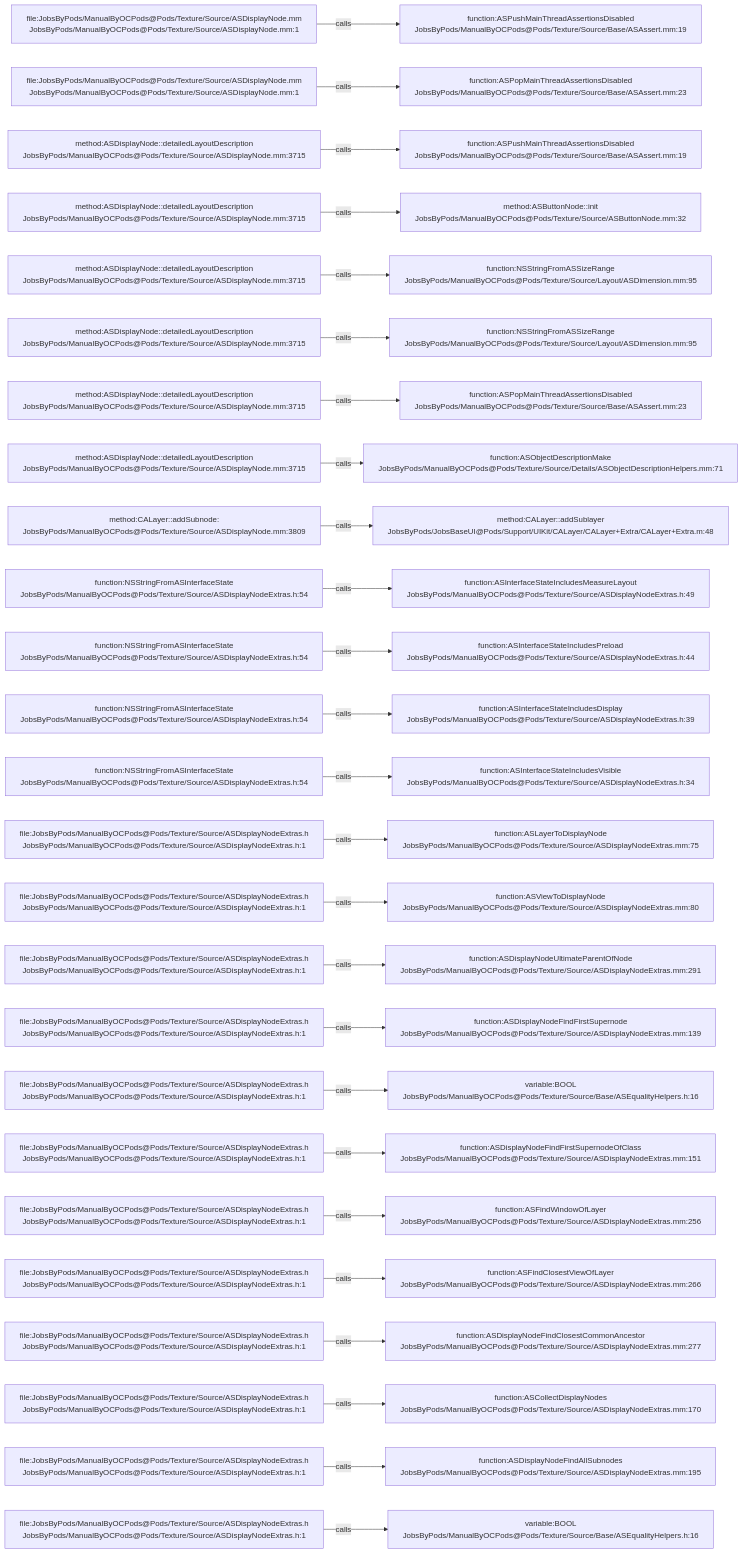
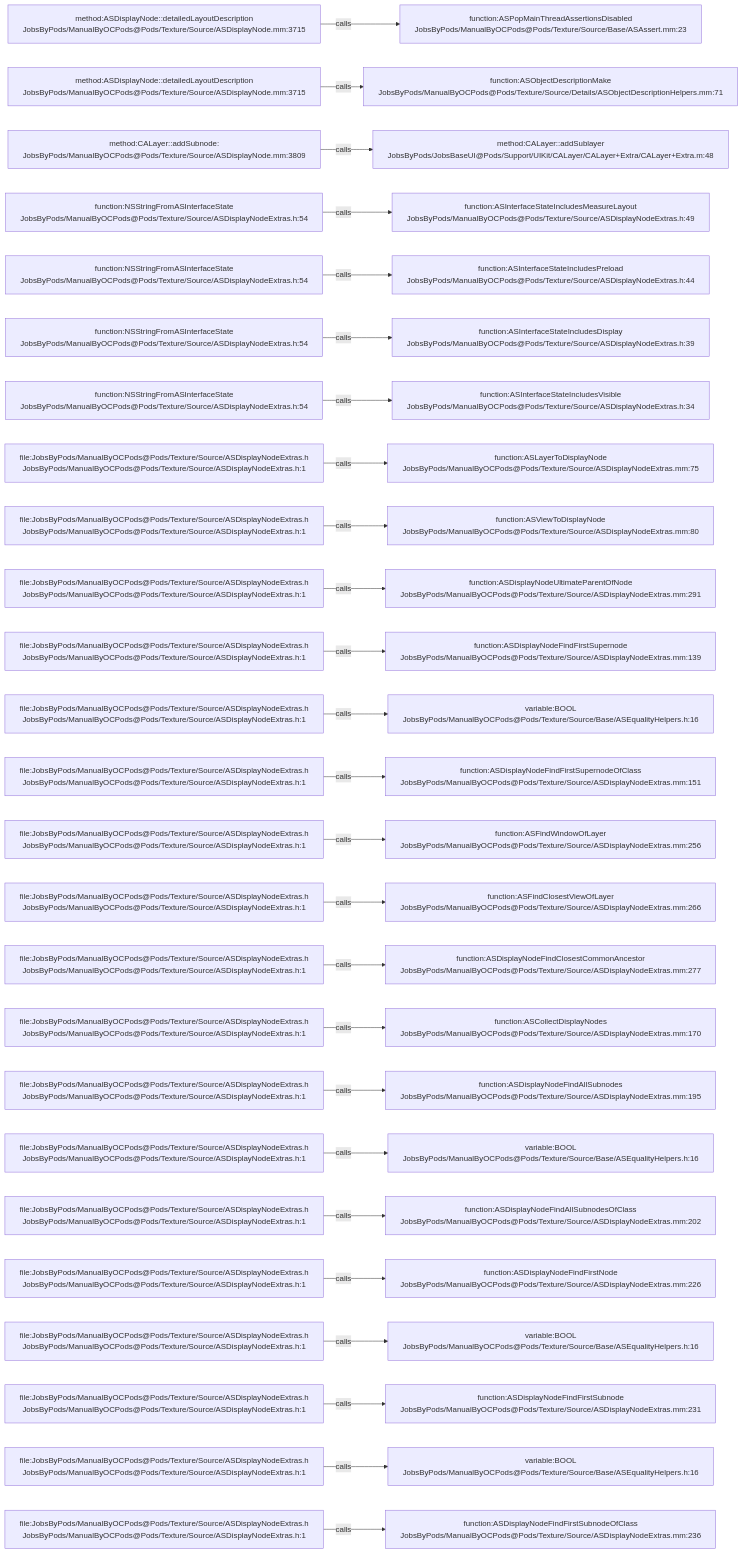
The diagram in .codegraph/codegraph.md/graphs/calls-097.md (JobsKits/JobsOCBaseConfigDemo), drawn with Mermaid before and after one commit. The commit also changed 666 other files, not shown here.

````diff
--- a/.codegraph/codegraph.md/graphs/calls-097.md
+++ b/.codegraph/codegraph.md/graphs/calls-097.md
@@ -13,78 +13,78 @@
 ```mermaid
 flowchart LR
-  S1["file:JobsByPods/ManualByOCPods@Pods/Texture/Source/ASDisplayNode.mm<br/>JobsByPods/ManualByOCPods@Pods/Texture/Source/ASDisplayNode.mm:1"]
-  T1["function:ASPushMainThreadAssertionsDisabled<br/>JobsByPods/ManualByOCPods@Pods/Texture/Source/Base/ASAssert.mm:19"]
+  S1["method:ASDisplayNode::detailedLayoutDescription<br/>JobsByPods/ManualByOCPods@Pods/Texture/Source/ASDisplayNode.mm:3715"]
+  T1["function:ASPopMainThreadAssertionsDisabled<br/>JobsByPods/ManualByOCPods@Pods/Texture/Source/Base/ASAssert.mm:23"]
   S1 -->|calls| T1
-  S2["file:JobsByPods/ManualByOCPods@Pods/Texture/Source/ASDisplayNode.mm<br/>JobsByPods/ManualByOCPods@Pods/Texture/Source/ASDisplayNode.mm:1"]
-  T2["function:ASPopMainThreadAssertionsDisabled<br/>JobsByPods/ManualByOCPods@Pods/Texture/Source/Base/ASAssert.mm:23"]
+  S2["method:ASDisplayNode::detailedLayoutDescription<br/>JobsByPods/ManualByOCPods@Pods/Texture/Source/ASDisplayNode.mm:3715"]
+  T2["function:ASObjectDescriptionMake<br/>JobsByPods/ManualByOCPods@Pods/Texture/Source/Details/ASObjectDescriptionHelpers.mm:71"]
   S2 -->|calls| T2
-  S3["method:ASDisplayNode::detailedLayoutDescription<br/>JobsByPods/ManualByOCPods@Pods/Texture/Source/ASDisplayNode.mm:3715"]
-  T3["function:ASPushMainThreadAssertionsDisabled<br/>JobsByPods/ManualByOCPods@Pods/Texture/Source/Base/ASAssert.mm:19"]
+  S3["method:CALayer::addSubnode:<br/>JobsByPods/ManualByOCPods@Pods/Texture/Source/ASDisplayNode.mm:3809"]
+  T3["method:CALayer::addSublayer<br/>JobsByPods/JobsBaseUI@Pods/Support/UIKit/CALayer/CALayer+Extra/CALayer+Extra.m:48"]
   S3 -->|calls| T3
-  S4["method:ASDisplayNode::detailedLayoutDescription<br/>JobsByPods/ManualByOCPods@Pods/Texture/Source/ASDisplayNode.mm:3715"]
-  T4["method:ASButtonNode::init<br/>JobsByPods/ManualByOCPods@Pods/Texture/Source/ASButtonNode.mm:32"]
+  S4["function:NSStringFromASInterfaceState<br/>JobsByPods/ManualByOCPods@Pods/Texture/Source/ASDisplayNodeExtras.h:54"]
+  T4["function:ASInterfaceStateIncludesMeasureLayout<br/>JobsByPods/ManualByOCPods@Pods/Texture/Source/ASDisplayNodeExtras.h:49"]
   S4 -->|calls| T4
-  S5["method:ASDisplayNode::detailedLayoutDescription<br/>JobsByPods/ManualByOCPods@Pods/Texture/Source/ASDisplayNode.mm:3715"]
-  T5["function:NSStringFromASSizeRange<br/>JobsByPods/ManualByOCPods@Pods/Texture/Source/Layout/ASDimension.mm:95"]
+  S5["function:NSStringFromASInterfaceState<br/>JobsByPods/ManualByOCPods@Pods/Texture/Source/ASDisplayNodeExtras.h:54"]
+  T5["function:ASInterfaceStateIncludesPreload<br/>JobsByPods/ManualByOCPods@Pods/Texture/Source/ASDisplayNodeExtras.h:44"]
   S5 -->|calls| T5
-  S6["method:ASDisplayNode::detailedLayoutDescription<br/>JobsByPods/ManualByOCPods@Pods/Texture/Source/ASDisplayNode.mm:3715"]
-  T6["function:NSStringFromASSizeRange<br/>JobsByPods/ManualByOCPods@Pods/Texture/Source/Layout/ASDimension.mm:95"]
+  S6["function:NSStringFromASInterfaceState<br/>JobsByPods/ManualByOCPods@Pods/Texture/Source/ASDisplayNodeExtras.h:54"]
+  T6["function:ASInterfaceStateIncludesDisplay<br/>JobsByPods/ManualByOCPods@Pods/Texture/Source/ASDisplayNodeExtras.h:39"]
   S6 -->|calls| T6
-  S7["method:ASDisplayNode::detailedLayoutDescription<br/>JobsByPods/ManualByOCPods@Pods/Texture/Source/ASDisplayNode.mm:3715"]
-  T7["function:ASPopMainThreadAssertionsDisabled<br/>JobsByPods/ManualByOCPods@Pods/Texture/Source/Base/ASAssert.mm:23"]
+  S7["function:NSStringFromASInterfaceState<br/>JobsByPods/ManualByOCPods@Pods/Texture/Source/ASDisplayNodeExtras.h:54"]
+  T7["function:ASInterfaceStateIncludesVisible<br/>JobsByPods/ManualByOCPods@Pods/Texture/Source/ASDisplayNodeExtras.h:34"]
   S7 -->|calls| T7
-  S8["method:ASDisplayNode::detailedLayoutDescription<br/>JobsByPods/ManualByOCPods@Pods/Texture/Source/ASDisplayNode.mm:3715"]
-  T8["function:ASObjectDescriptionMake<br/>JobsByPods/ManualByOCPods@Pods/Texture/Source/Details/ASObjectDescriptionHelpers.mm:71"]
+  S8["file:JobsByPods/ManualByOCPods@Pods/Texture/Source/ASDisplayNodeExtras.h<br/>JobsByPods/ManualByOCPods@Pods/Texture/Source/ASDisplayNodeExtras.h:1"]
+  T8["function:ASLayerToDisplayNode<br/>JobsByPods/ManualByOCPods@Pods/Texture/Source/ASDisplayNodeExtras.mm:75"]
   S8 -->|calls| T8
-  S9["method:CALayer::addSubnode:<br/>JobsByPods/ManualByOCPods@Pods/Texture/Source/ASDisplayNode.mm:3809"]
-  T9["method:CALayer::addSublayer<br/>JobsByPods/JobsBaseUI@Pods/Support/UIKit/CALayer/CALayer+Extra/CALayer+Extra.m:48"]
+  S9["file:JobsByPods/ManualByOCPods@Pods/Texture/Source/ASDisplayNodeExtras.h<br/>JobsByPods/ManualByOCPods@Pods/Texture/Source/ASDisplayNodeExtras.h:1"]
+  T9["function:ASViewToDisplayNode<br/>JobsByPods/ManualByOCPods@Pods/Texture/Source/ASDisplayNodeExtras.mm:80"]
   S9 -->|calls| T9
-  S10["function:NSStringFromASInterfaceState<br/>JobsByPods/ManualByOCPods@Pods/Texture/Source/ASDisplayNodeExtras.h:54"]
-  T10["function:ASInterfaceStateIncludesMeasureLayout<br/>JobsByPods/ManualByOCPods@Pods/Texture/Source/ASDisplayNodeExtras.h:49"]
+  S10["file:JobsByPods/ManualByOCPods@Pods/Texture/Source/ASDisplayNodeExtras.h<br/>JobsByPods/ManualByOCPods@Pods/Texture/Source/ASDisplayNodeExtras.h:1"]
+  T10["function:ASDisplayNodeUltimateParentOfNode<br/>JobsByPods/ManualByOCPods@Pods/Texture/Source/ASDisplayNodeExtras.mm:291"]
   S10 -->|calls| T10
-  S11["function:NSStringFromASInterfaceState<br/>JobsByPods/ManualByOCPods@Pods/Texture/Source/ASDisplayNodeExtras.h:54"]
-  T11["function:ASInterfaceStateIncludesPreload<br/>JobsByPods/ManualByOCPods@Pods/Texture/Source/ASDisplayNodeExtras.h:44"]
+  S11["file:JobsByPods/ManualByOCPods@Pods/Texture/Source/ASDisplayNodeExtras.h<br/>JobsByPods/ManualByOCPods@Pods/Texture/Source/ASDisplayNodeExtras.h:1"]
+  T11["function:ASDisplayNodeFindFirstSupernode<br/>JobsByPods/ManualByOCPods@Pods/Texture/Source/ASDisplayNodeExtras.mm:139"]
   S11 -->|calls| T11
-  S12["function:NSStringFromASInterfaceState<br/>JobsByPods/ManualByOCPods@Pods/Texture/Source/ASDisplayNodeExtras.h:54"]
-  T12["function:ASInterfaceStateIncludesDisplay<br/>JobsByPods/ManualByOCPods@Pods/Texture/Source/ASDisplayNodeExtras.h:39"]
+  S12["file:JobsByPods/ManualByOCPods@Pods/Texture/Source/ASDisplayNodeExtras.h<br/>JobsByPods/ManualByOCPods@Pods/Texture/Source/ASDisplayNodeExtras.h:1"]
+  T12["variable:BOOL<br/>JobsByPods/ManualByOCPods@Pods/Texture/Source/Base/ASEqualityHelpers.h:16"]
   S12 -->|calls| T12
-  S13["function:NSStringFromASInterfaceState<br/>JobsByPods/ManualByOCPods@Pods/Texture/Source/ASDisplayNodeExtras.h:54"]
-  T13["function:ASInterfaceStateIncludesVisible<br/>JobsByPods/ManualByOCPods@Pods/Texture/Source/ASDisplayNodeExtras.h:34"]
+  S13["file:JobsByPods/ManualByOCPods@Pods/Texture/Source/ASDisplayNodeExtras.h<br/>JobsByPods/ManualByOCPods@Pods/Texture/Source/ASDisplayNodeExtras.h:1"]
+  T13["function:ASDisplayNodeFindFirstSupernodeOfClass<br/>JobsByPods/ManualByOCPods@Pods/Texture/Source/ASDisplayNodeExtras.mm:151"]
   S13 -->|calls| T13
   S14["file:JobsByPods/ManualByOCPods@Pods/Texture/Source/ASDisplayNodeExtras.h<br/>JobsByPods/ManualByOCPods@Pods/Texture/Source/ASDisplayNodeExtras.h:1"]
-  T14["function:ASLayerToDisplayNode<br/>JobsByPods/ManualByOCPods@Pods/Texture/Source/ASDisplayNodeExtras.mm:75"]
+  T14["function:ASFindWindowOfLayer<br/>JobsByPods/ManualByOCPods@Pods/Texture/Source/ASDisplayNodeExtras.mm:256"]
   S14 -->|calls| T14
   S15["file:JobsByPods/ManualByOCPods@Pods/Texture/Source/ASDisplayNodeExtras.h<br/>JobsByPods/ManualByOCPods@Pods/Texture/Source/ASDisplayNodeExtras.h:1"]
-  T15["function:ASViewToDisplayNode<br/>JobsByPods/ManualByOCPods@Pods/Texture/Source/ASDisplayNodeExtras.mm:80"]
+  T15["function:ASFindClosestViewOfLayer<br/>JobsByPods/ManualByOCPods@Pods/Texture/Source/ASDisplayNodeExtras.mm:266"]
   S15 -->|calls| T15
   S16["file:JobsByPods/ManualByOCPods@Pods/Texture/Source/ASDisplayNodeExtras.h<br/>JobsByPods/ManualByOCPods@Pods/Texture/Source/ASDisplayNodeExtras.h:1"]
-  T16["function:ASDisplayNodeUltimateParentOfNode<br/>JobsByPods/ManualByOCPods@Pods/Texture/Source/ASDisplayNodeExtras.mm:291"]
+  T16["function:ASDisplayNodeFindClosestCommonAncestor<br/>JobsByPods/ManualByOCPods@Pods/Texture/Source/ASDisplayNodeExtras.mm:277"]
   S16 -->|calls| T16
   S17["file:JobsByPods/ManualByOCPods@Pods/Texture/Source/ASDisplayNodeExtras.h<br/>JobsByPods/ManualByOCPods@Pods/Texture/Source/ASDisplayNodeExtras.h:1"]
-  T17["function:ASDisplayNodeFindFirstSupernode<br/>JobsByPods/ManualByOCPods@Pods/Texture/Source/ASDisplayNodeExtras.mm:139"]
+  T17["function:ASCollectDisplayNodes<br/>JobsByPods/ManualByOCPods@Pods/Texture/Source/ASDisplayNodeExtras.mm:170"]
   S17 -->|calls| T17
   S18["file:JobsByPods/ManualByOCPods@Pods/Texture/Source/ASDisplayNodeExtras.h<br/>JobsByPods/ManualByOCPods@Pods/Texture/Source/ASDisplayNodeExtras.h:1"]
-  T18["variable:BOOL<br/>JobsByPods/ManualByOCPods@Pods/Texture/Source/Base/ASEqualityHelpers.h:16"]
+  T18["function:ASDisplayNodeFindAllSubnodes<br/>JobsByPods/ManualByOCPods@Pods/Texture/Source/ASDisplayNodeExtras.mm:195"]
   S18 -->|calls| T18
   S19["file:JobsByPods/ManualByOCPods@Pods/Texture/Source/ASDisplayNodeExtras.h<br/>JobsByPods/ManualByOCPods@Pods/Texture/Source/ASDisplayNodeExtras.h:1"]
-  T19["function:ASDisplayNodeFindFirstSupernodeOfClass<br/>JobsByPods/ManualByOCPods@Pods/Texture/Source/ASDisplayNodeExtras.mm:151"]
+  T19["variable:BOOL<br/>JobsByPods/ManualByOCPods@Pods/Texture/Source/Base/ASEqualityHelpers.h:16"]
   S19 -->|calls| T19
   S20["file:JobsByPods/ManualByOCPods@Pods/Texture/Source/ASDisplayNodeExtras.h<br/>JobsByPods/ManualByOCPods@Pods/Texture/Source/ASDisplayNodeExtras.h:1"]
-  T20["function:ASFindWindowOfLayer<br/>JobsByPods/ManualByOCPods@Pods/Texture/Source/ASDisplayNodeExtras.mm:256"]
+  T20["function:ASDisplayNodeFindAllSubnodesOfClass<br/>JobsByPods/ManualByOCPods@Pods/Texture/Source/ASDisplayNodeExtras.mm:202"]
   S20 -->|calls| T20
   S21["file:JobsByPods/ManualByOCPods@Pods/Texture/Source/ASDisplayNodeExtras.h<br/>JobsByPods/ManualByOCPods@Pods/Texture/Source/ASDisplayNodeExtras.h:1"]
-  T21["function:ASFindClosestViewOfLayer<br/>JobsByPods/ManualByOCPods@Pods/Texture/Source/ASDisplayNodeExtras.mm:266"]
+  T21["function:ASDisplayNodeFindFirstNode<br/>JobsByPods/ManualByOCPods@Pods/Texture/Source/ASDisplayNodeExtras.mm:226"]
   S21 -->|calls| T21
   S22["file:JobsByPods/ManualByOCPods@Pods/Texture/Source/ASDisplayNodeExtras.h<br/>JobsByPods/ManualByOCPods@Pods/Texture/Source/ASDisplayNodeExtras.h:1"]
-  T22["function:ASDisplayNodeFindClosestCommonAncestor<br/>JobsByPods/ManualByOCPods@Pods/Texture/Source/ASDisplayNodeExtras.mm:277"]
+  T22["variable:BOOL<br/>JobsByPods/ManualByOCPods@Pods/Texture/Source/Base/ASEqualityHelpers.h:16"]
   S22 -->|calls| T22
   S23["file:JobsByPods/ManualByOCPods@Pods/Texture/Source/ASDisplayNodeExtras.h<br/>JobsByPods/ManualByOCPods@Pods/Texture/Source/ASDisplayNodeExtras.h:1"]
-  T23["function:ASCollectDisplayNodes<br/>JobsByPods/ManualByOCPods@Pods/Texture/Source/ASDisplayNodeExtras.mm:170"]
+  T23["function:ASDisplayNodeFindFirstSubnode<br/>JobsByPods/ManualByOCPods@Pods/Texture/Source/ASDisplayNodeExtras.mm:231"]
   S23 -->|calls| T23
   S24["file:JobsByPods/ManualByOCPods@Pods/Texture/Source/ASDisplayNodeExtras.h<br/>JobsByPods/ManualByOCPods@Pods/Texture/Source/ASDisplayNodeExtras.h:1"]
-  T24["function:ASDisplayNodeFindAllSubnodes<br/>JobsByPods/ManualByOCPods@Pods/Texture/Source/ASDisplayNodeExtras.mm:195"]
+  T24["variable:BOOL<br/>JobsByPods/ManualByOCPods@Pods/Texture/Source/Base/ASEqualityHelpers.h:16"]
   S24 -->|calls| T24
   S25["file:JobsByPods/ManualByOCPods@Pods/Texture/Source/ASDisplayNodeExtras.h<br/>JobsByPods/ManualByOCPods@Pods/Texture/Source/ASDisplayNodeExtras.h:1"]
-  T25["variable:BOOL<br/>JobsByPods/ManualByOCPods@Pods/Texture/Source/Base/ASEqualityHelpers.h:16"]
+  T25["function:ASDisplayNodeFindFirstSubnodeOfClass<br/>JobsByPods/ManualByOCPods@Pods/Texture/Source/ASDisplayNodeExtras.mm:236"]
   S25 -->|calls| T25
 ```
````
